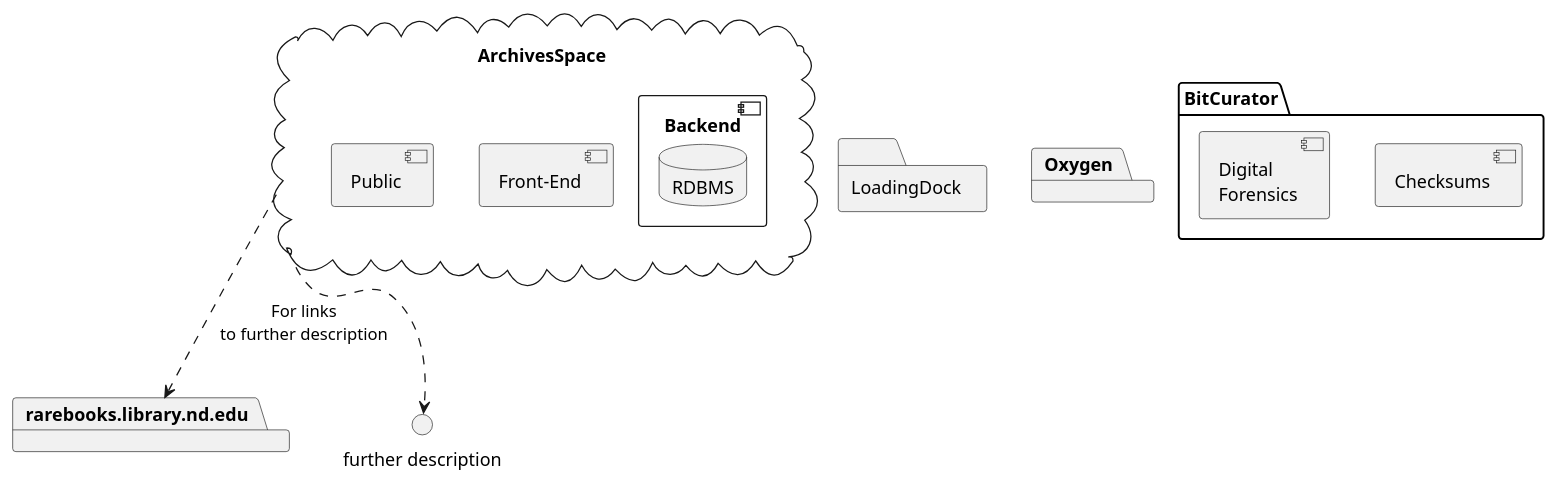
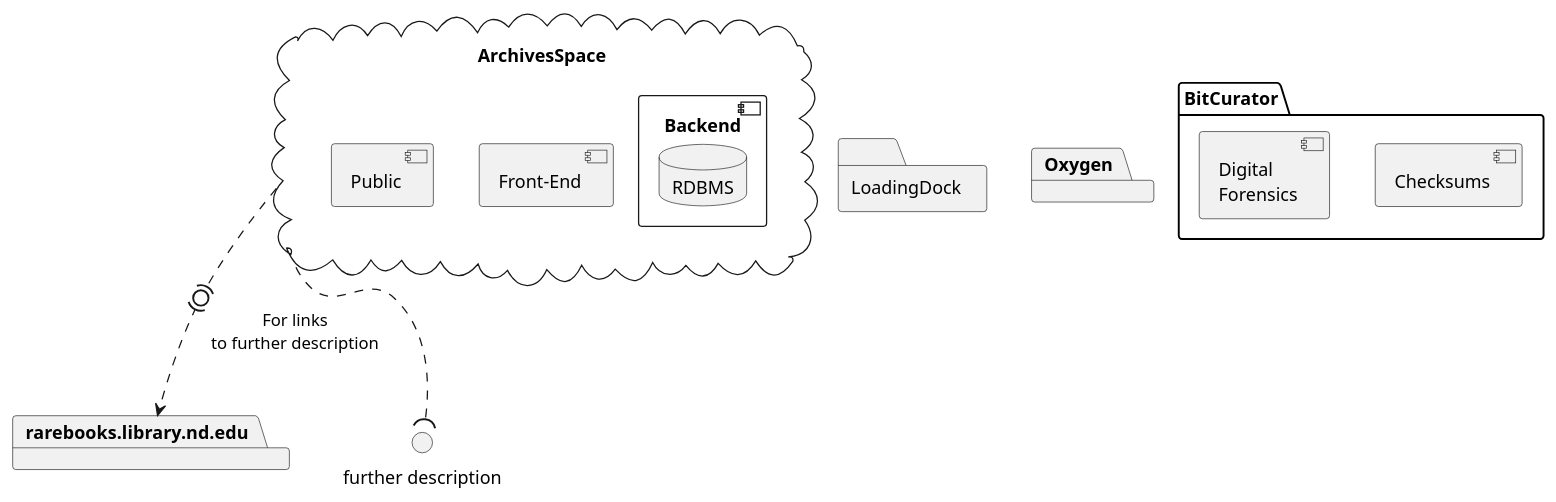
Before and after one commit to ndlib/dam-ecosystem-mapping: the diagram in plantuml/archivesspace.puml, drawn with PlantUML. The commit also changed 4 other files, not shown here.

```diff
--- a/plantuml/archivesspace.puml
+++ b/plantuml/archivesspace.puml
@@ -10,25 +10,25 @@
 @startuml
 
 
 cloud "ArchivesSpace" {
   component "Front-End"
   component "Public"
   component "Backend" {
     database "RDBMS"
   }
 }
 
 package "rarebooks.library.nd.edu"
 
 interface "further description" as FurtherDescription
 
 folder "LoadingDock"
 package "Oxygen"
 package "BitCurator" {
   component "Checksums"
   component "Digital\nForensics"
 }
 
-ArchivesSpace ..> rarebooks.library.nd.edu : "For links\nto further description"
-ArchivesSpace ..> FurtherDescription
+ArchivesSpace .(0).> rarebooks.library.nd.edu : "For links\nto further description"
+ArchivesSpace ..( FurtherDescription
 @enduml
```
